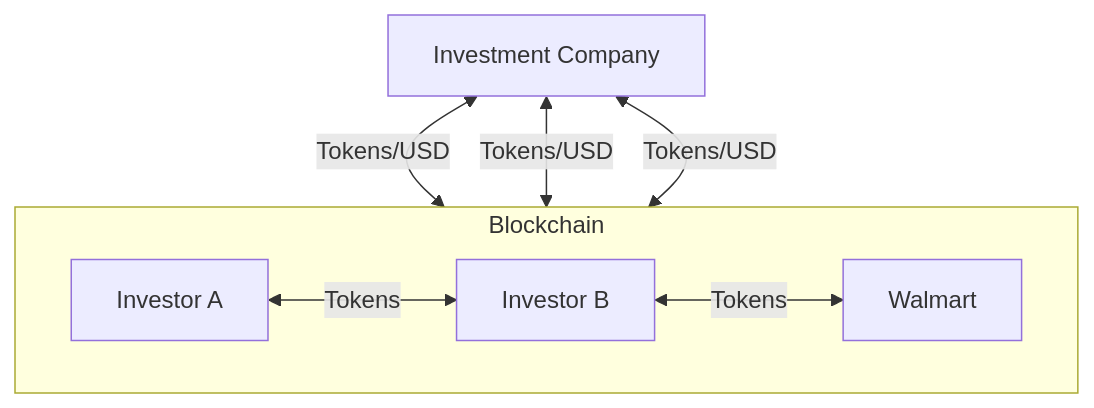
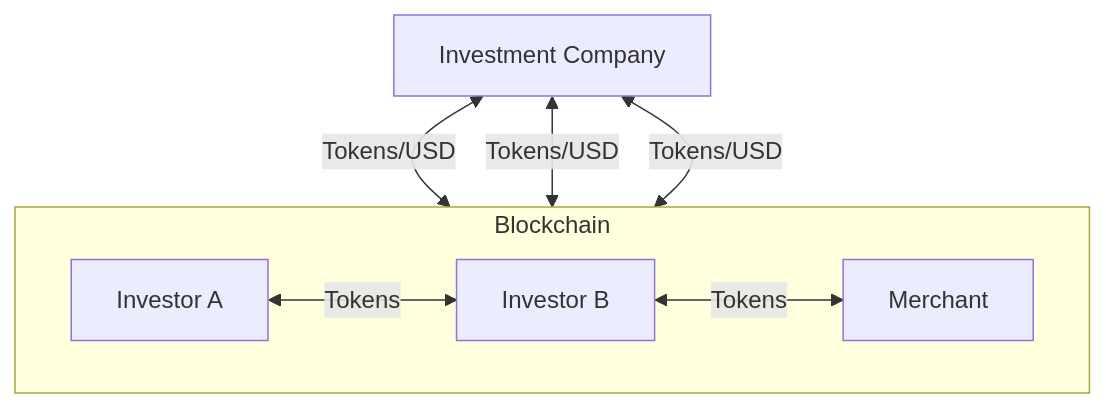
One commit to amr080/x-protocol changed the diagram in docs/tokens_vs_viper.mermaid. Above: the diagram before and after it, drawn with Mermaid.

```diff
--- a/docs/tokens_vs_viper.mermaid
+++ b/docs/tokens_vs_viper.mermaid
@@ -1,14 +1,14 @@
 flowchart TD
     %% Subgraph for Blockchain
     subgraph Blockchain["Blockchain"]
         direction LR
-            InvestorA["Investor A"] <--> |Tokens| InvestorB["Investor B"] <--> |Tokens| Walmart["Walmart"]
+            InvestorA["Investor A"] <--> |Tokens| InvestorB["Investor B"] <--> |Tokens| Walmart["Merchant"]
     end
 
     %% Investment Company outside the subgraph
     InvestmentCo["Investment Company"]
 
     %% Bidirectional Arrows with Improved Formatting
     InvestmentCo <-->|Tokens/USD| InvestorA
     InvestmentCo <-->|Tokens/USD| InvestorB
     InvestmentCo <-->|Tokens/USD| Walmart
```
